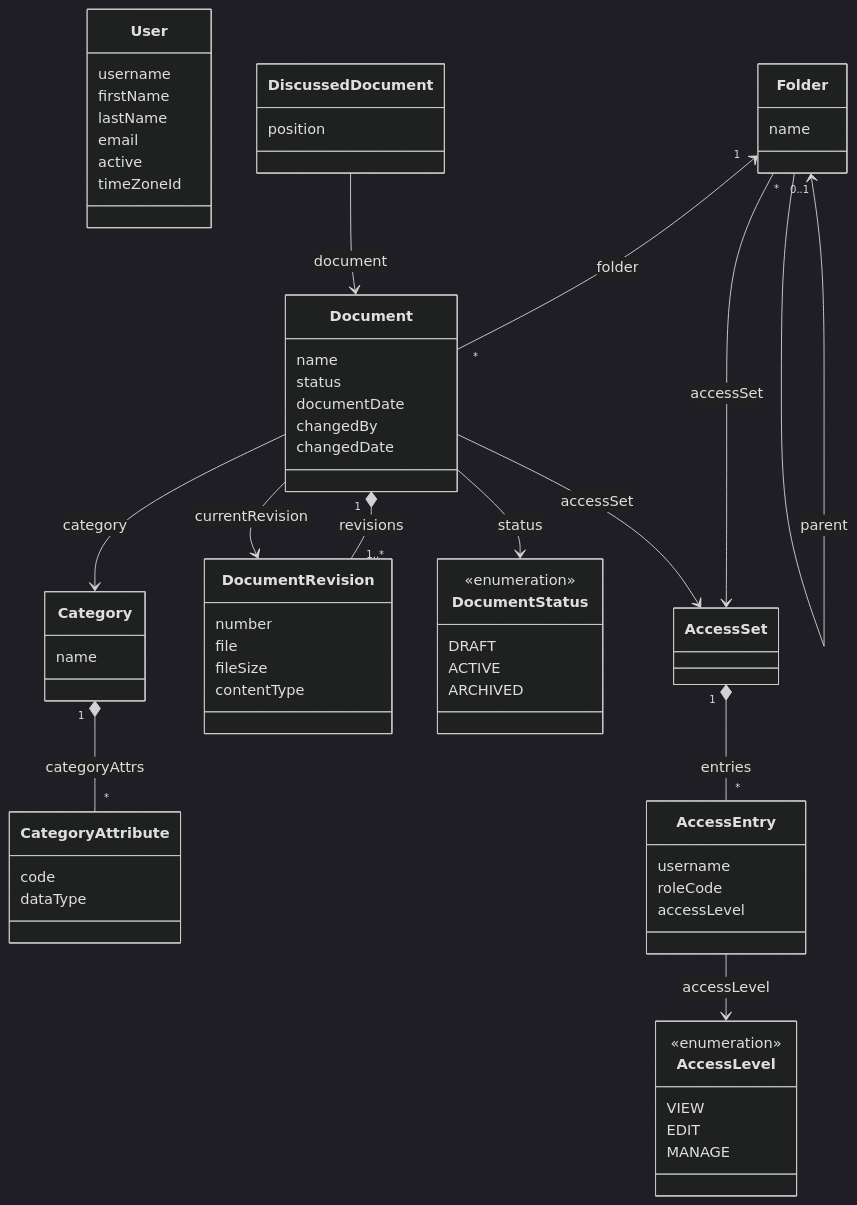
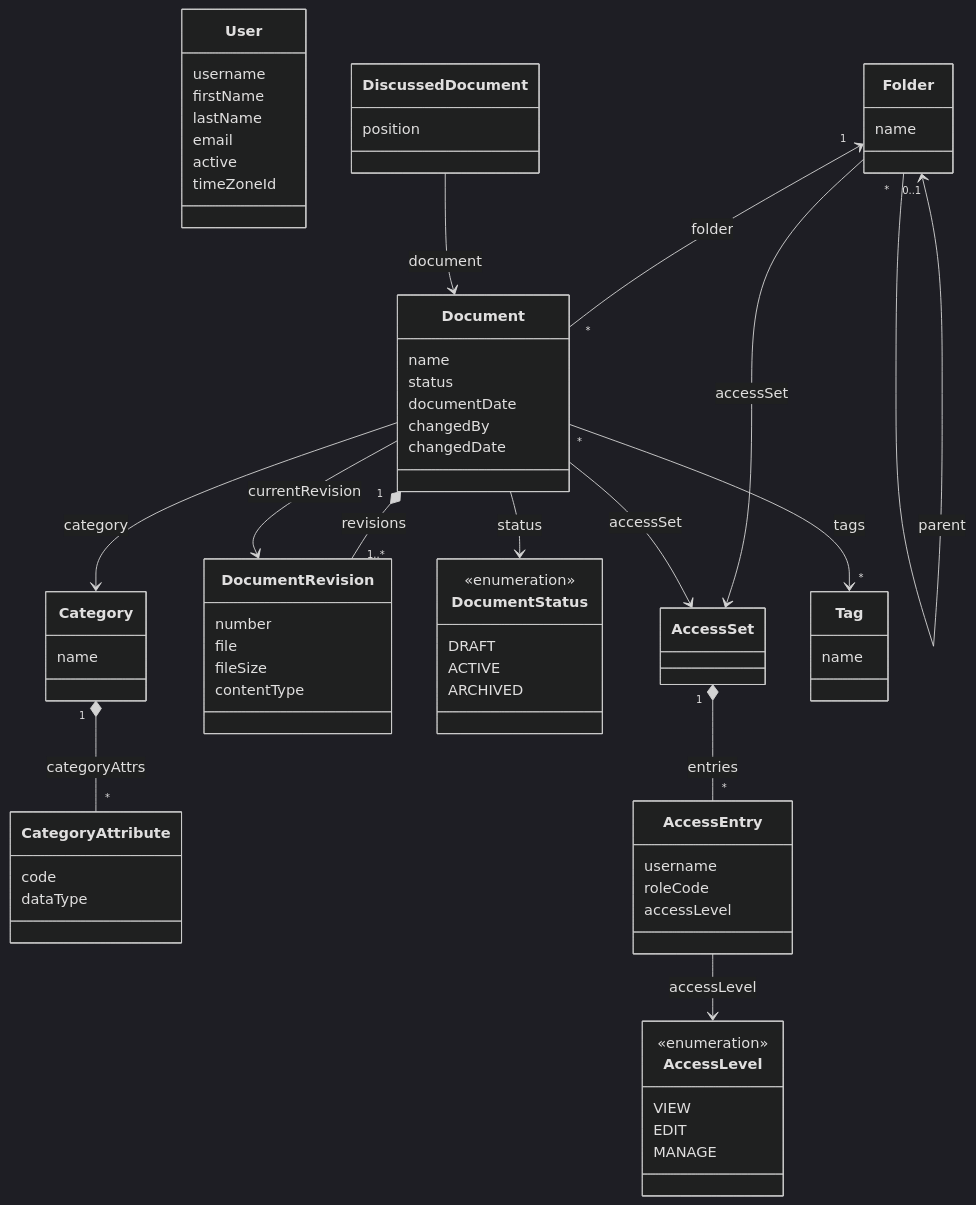
Before and after one commit to jmix-framework/jmix-docai: the diagram in README.md, drawn with Mermaid (dark theme). The commit also changed other lines of this file and 55 other files, not shown here.

````diff
--- a/README.md
+++ b/README.md
@@ -219,67 +222,71 @@
 ```mermaid
 classDiagram
     class User {
         username
         firstName
         lastName
         email
         active
         timeZoneId
     }
     class Folder {
         name
     }
     class Document {
         name
         status
         documentDate
         changedBy
         changedDate
     }
     class Category {
         name
     }
     class CategoryAttribute {
         code
         dataType
     }
     class DocumentRevision {
         number
         file
         fileSize
         contentType
     }
     class DocumentStatus {
         <<enumeration>>
         DRAFT
         ACTIVE
         ARCHIVED
     }
     class AccessSet
     class AccessEntry {
         username
         roleCode
         accessLevel
     }
     class AccessLevel {
         <<enumeration>>
         VIEW
         EDIT
         MANAGE
     }
     class DiscussedDocument {
         position
     }
+    class Tag {
+        name
+    }
     Folder "0..1" <-- "*" Folder : parent
     Folder "1" <-- "*" Document : folder
     Document "1" *-- "1..*" DocumentRevision : revisions
     Document --> DocumentRevision : currentRevision
     Document --> DocumentStatus : status
     Folder --> AccessSet : accessSet
     Document --> AccessSet : accessSet
     Document --> Category : category
+    Document "*" --> "*" Tag : tags
     Category "1" *-- "*" CategoryAttribute : categoryAttrs
     AccessSet "1" *-- "*" AccessEntry : entries
     AccessEntry --> AccessLevel : accessLevel
     DiscussedDocument --> Document : document
 ```
````
